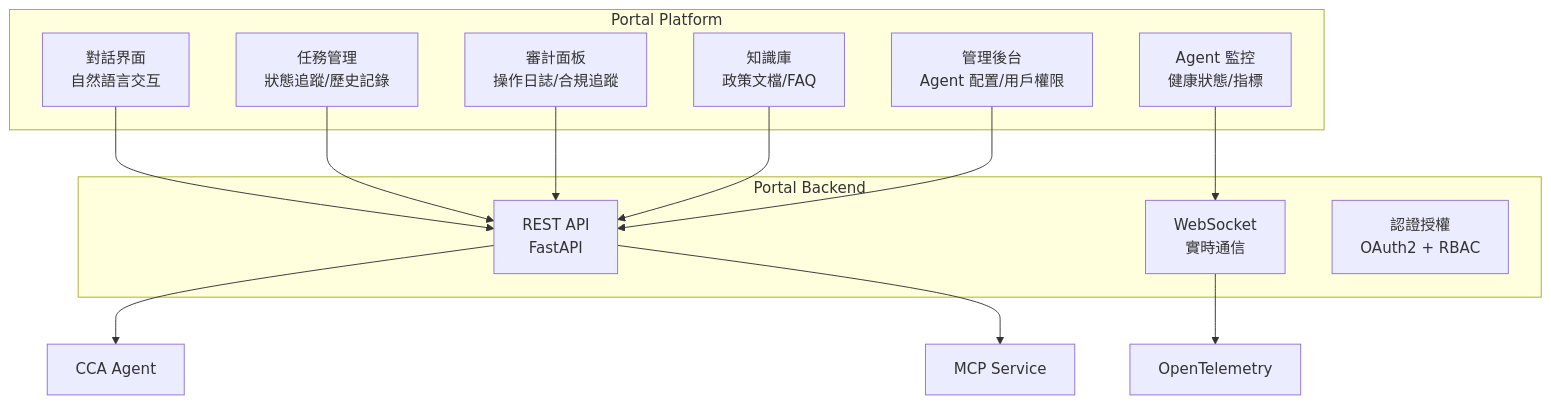
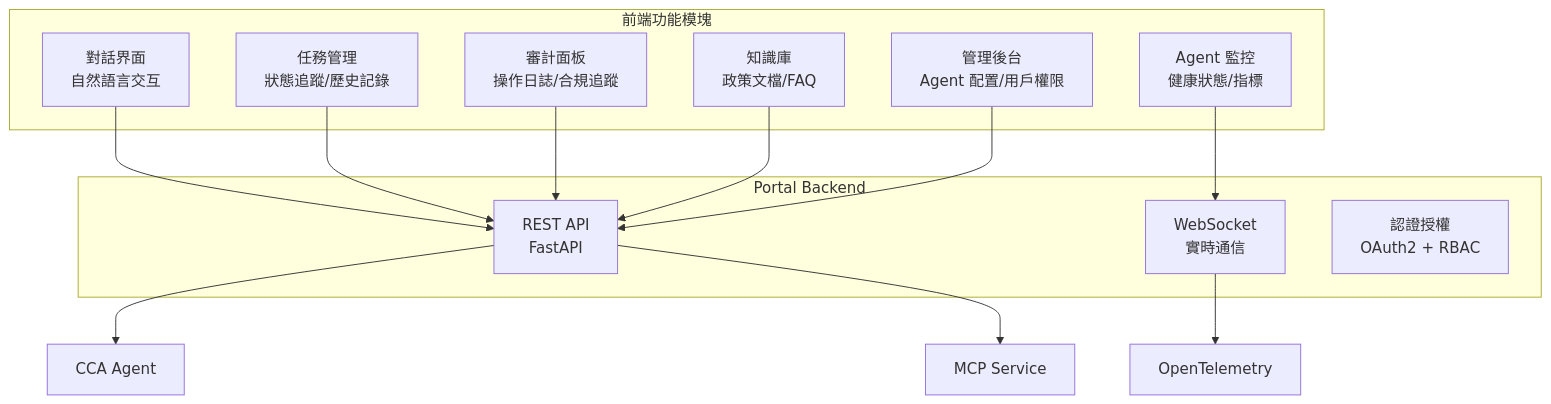
One commit to ponian/aiebok changed the diagram in book/chapter-10.md. Above: the diagram before and after it, drawn with Mermaid. The commit also changed 4 other files, not shown here.

First line of the commit message:
book: fix outdated refs, expand Gantt, fix cross-refs, add glossary terms

````diff
--- a/book/chapter-10.md
+++ b/book/chapter-10.md
@@ -13,28 +13,28 @@
 ```mermaid
 graph TB
-    subgraph Portal["Portal Platform"]
+    subgraph Portal["前端功能模塊"]
         Chat[對話界面<br/>自然語言交互]
         Tasks[任務管理<br/>狀態追蹤/歷史記錄]
         Audit[審計面板<br/>操作日誌/合規追蹤]
         KB[知識庫<br/>政策文檔/FAQ]
         Monitor[Agent 監控<br/>健康狀態/指標]
         Admin[管理後台<br/>Agent 配置/用戶權限]
     end
 
     subgraph Backend["Portal Backend"]
         API[REST API<br/>FastAPI]
         WS[WebSocket<br/>實時通信]
         Auth[認證授權<br/>OAuth2 + RBAC]
     end
 
     Chat --> API
     Tasks --> API
     Audit --> API
     KB --> API
     Monitor --> WS
     Admin --> API
 
     API --> CCA[CCA Agent]
     API --> MCP[MCP Service]
     WS --> OTel[OpenTelemetry]
 ```
````
